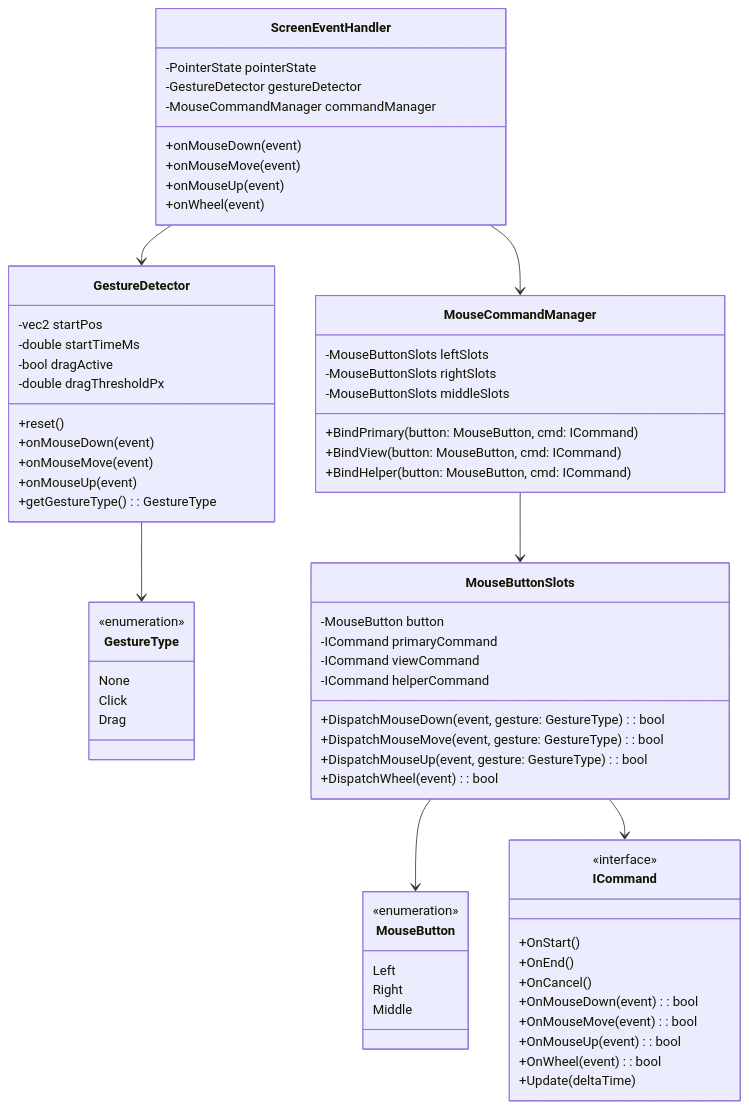
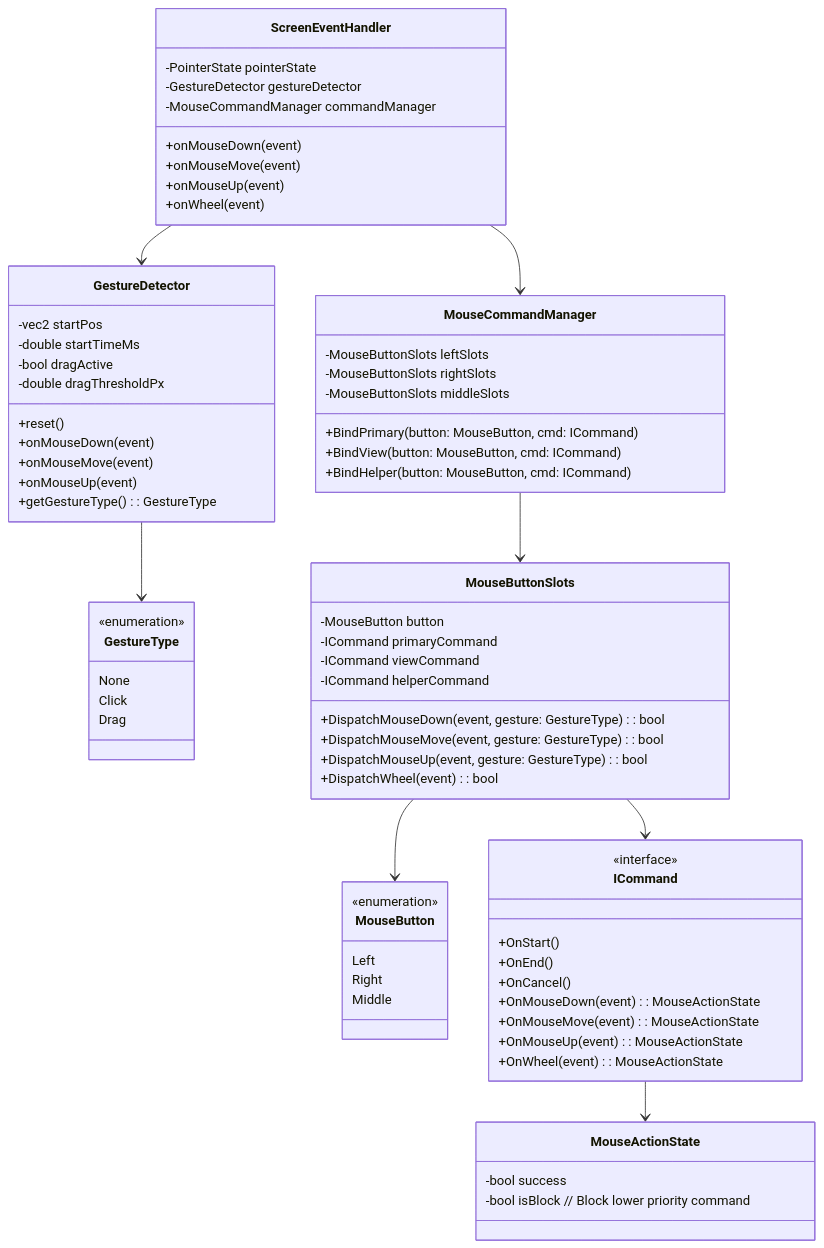
The first of 3 diagrams in GraphV5.md (vfa-khaidt1/vfa-cdn), drawn with Mermaid before and after one commit.

````diff
--- a/GraphV5.md
+++ b/GraphV5.md
@@ -12,6 +12,11 @@
         None
         Click
         Drag
+    }
+
+    class MouseActionState {
+        -bool success
+        -bool isBlock // Block lower priority command
     }
 
     class ScreenEventHandler {
@@ -41,11 +46,10 @@
         +OnStart()
         +OnEnd()
         +OnCancel()
-        +OnMouseDown(event): bool
-        +OnMouseMove(event): bool
-        +OnMouseUp(event): bool
-        +OnWheel(event): bool
-        +Update(deltaTime)
+        +OnMouseDown(event): MouseActionState
+        +OnMouseMove(event): MouseActionState
+        +OnMouseUp(event): MouseActionState
+        +OnWheel(event): MouseActionState
     }
 
     class MouseButtonSlots {
@@ -75,4 +79,5 @@
     MouseCommandManager --> MouseButtonSlots
     MouseButtonSlots --> MouseButton
     MouseButtonSlots --> ICommand
+    ICommand --> MouseActionState
 ```
````
